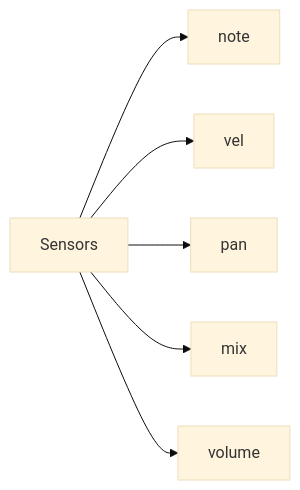
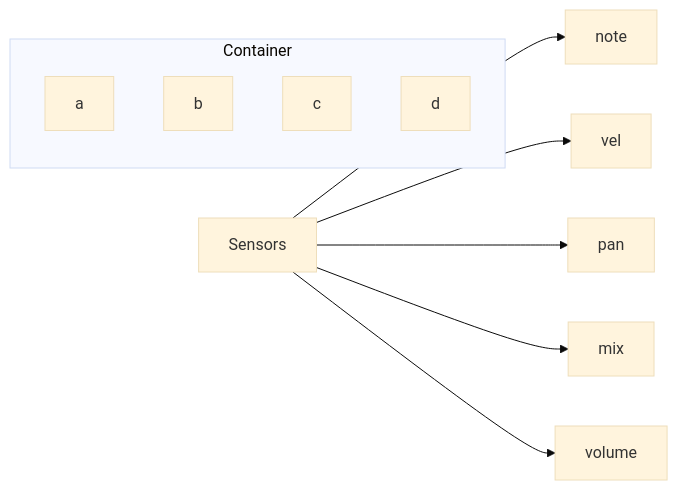
One commit to GiulianoDiLorenzo/Jacob-SuperCollier changed the second of 2 diagrams in README.md. Above: the diagram before and after it, drawn with Mermaid (base theme).

````diff
--- a/README.md
+++ b/README.md
@@ -56,10 +56,17 @@
 ```mermaid
 graph LR 
     Sensors --> note
     Sensors --> vel
     Sensors --> pan
     Sensors --> mix
     Sensors --> volume
+
+subgraph Container
+        A[a]
+        B[b]
+        C[c]
+        D[d]
+    end
     
     
 ```
````
